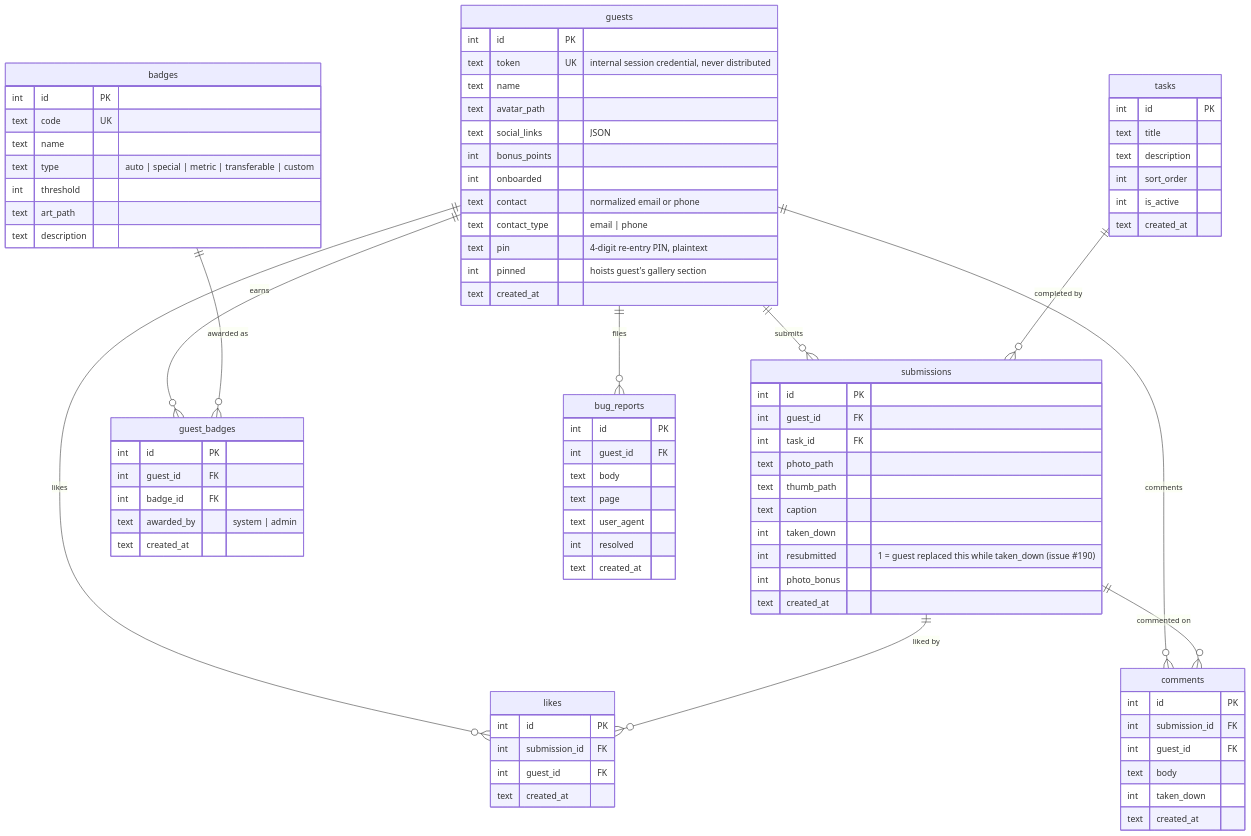
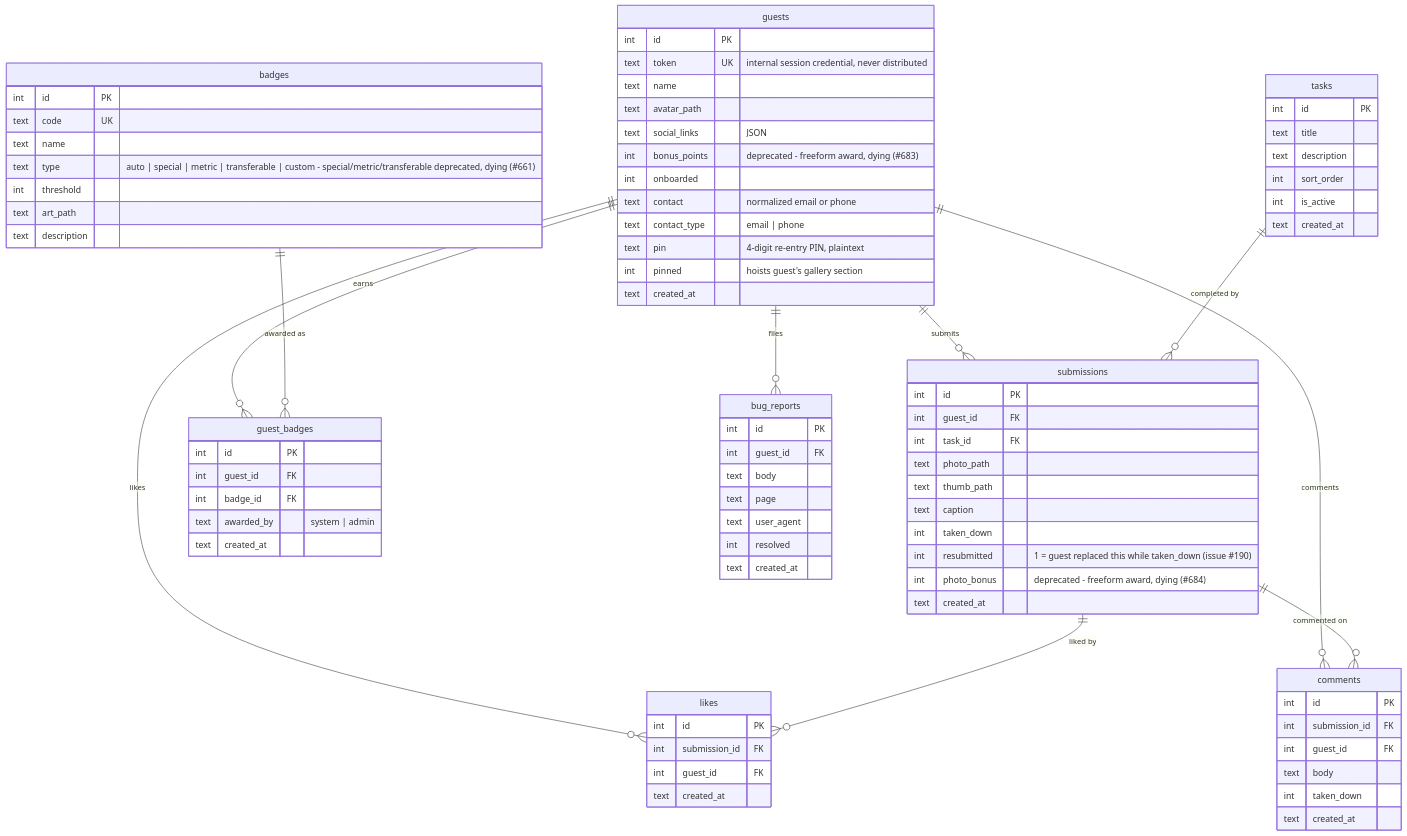
One commit to TrevorHumble/TaskMasterWedding changed the second of 2 diagrams in docs/architecture.md. Above: the diagram before and after it, drawn with Mermaid. The commit also changed other lines of this file and 2 other files, not shown here.

```diff
--- a/docs/architecture.md
+++ b/docs/architecture.md
@@ -68,7 +70,7 @@
         text name
         text avatar_path
         text social_links "JSON"
-        int bonus_points
+        int bonus_points "deprecated - freeform award, dying (#683)"
         int onboarded
         text contact "normalized email or phone"
         text contact_type "email | phone"
@@ -93,14 +95,14 @@
         text caption
         int taken_down
         int resubmitted "1 = guest replaced this while taken_down (issue #190)"
-        int photo_bonus
+        int photo_bonus "deprecated - freeform award, dying (#684)"
         text created_at
     }
     badges {
         int id PK
         text code UK
         text name
-        text type "auto | special | metric | transferable | custom"
+        text type "auto | special | metric | transferable | custom - special/metric/transferable deprecated, dying (#661)"
         int threshold
         text art_path
         text description
```
